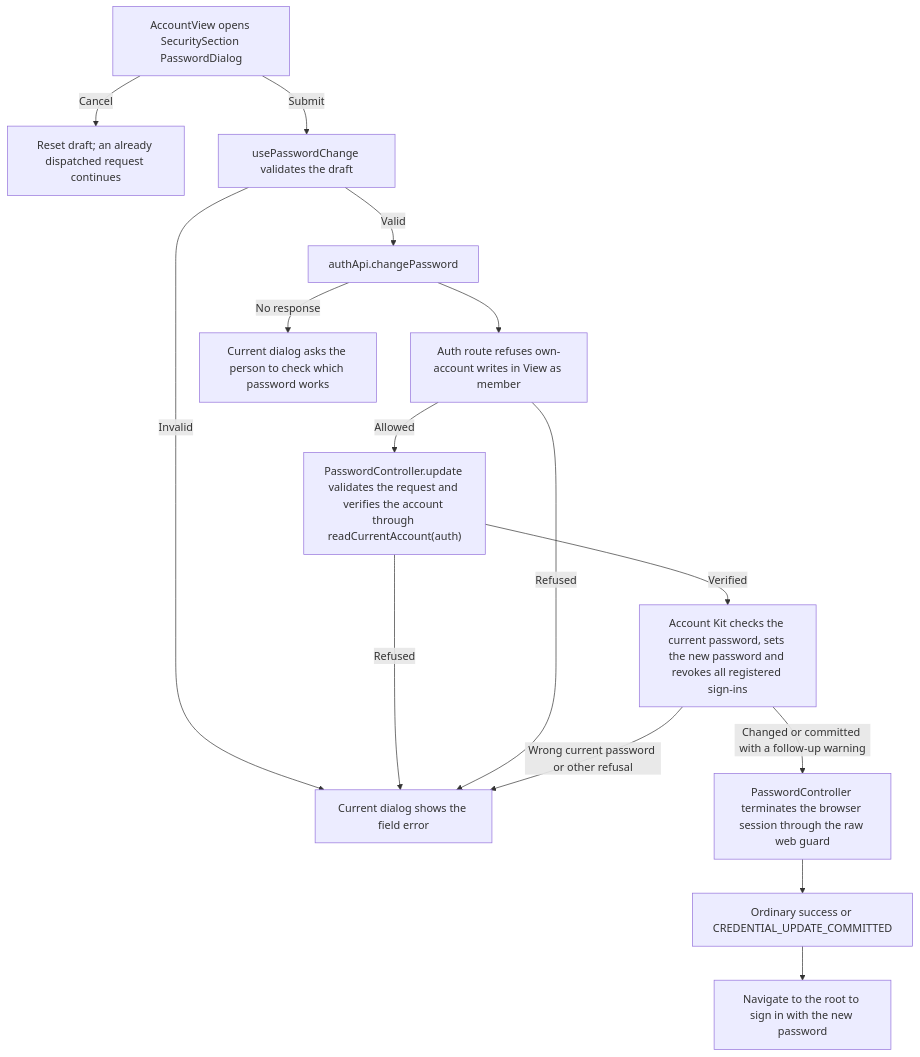
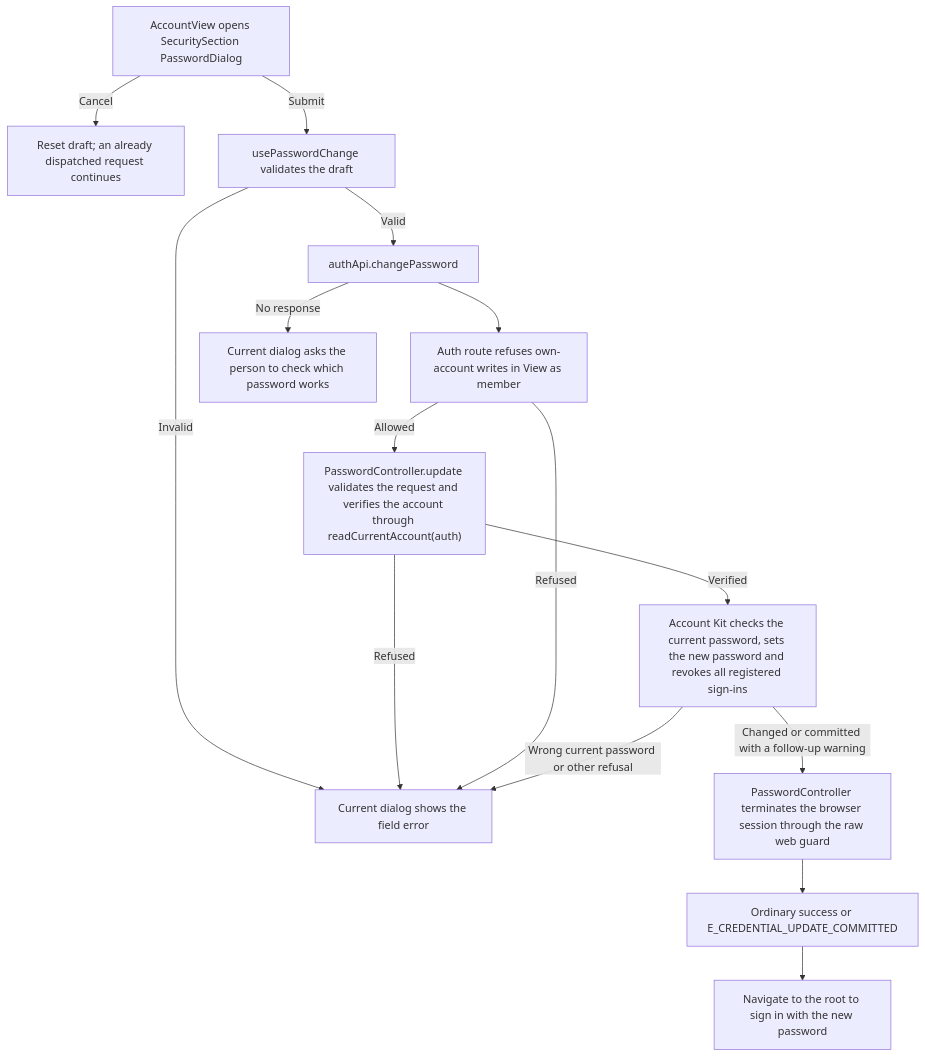
Before and after one commit to Kevinjohn/capacitylens: the second of 2 diagrams in user-stories/account/US-ACCOUNT-02-password-change.md, drawn with Mermaid. The commit also changed 72 other files, not shown here.

````diff
--- a/user-stories/account/US-ACCOUNT-02-password-change.md
+++ b/user-stories/account/US-ACCOUNT-02-password-change.md
@@ -34,17 +34,17 @@
 ```mermaid
 flowchart TD
   form["AccountView opens SecuritySection PasswordDialog"] -->|Cancel| clear["Reset draft; an already dispatched request continues"]
   form -->|Submit| validate["usePasswordChange validates the draft"]
   validate -->|Invalid| error["Current dialog shows the field error"]
   validate -->|Valid| request["authApi.changePassword"]
   request --> guard["Auth route refuses own-account writes in View as member"]
   guard -->|Allowed| current["PasswordController.update validates the request and verifies the account through readCurrentAccount(auth)"]
   current -->|Verified| kit["Account Kit checks the current password, sets the new password and revokes all registered sign-ins"]
   current -->|Refused| error
   guard -->|Refused| error
   kit -->|Wrong current password or other refusal| error
   kit -->|Changed or committed with a follow-up warning| terminate["PasswordController terminates the browser session through the raw web guard"]
-  terminate --> response["Ordinary success or CREDENTIAL_UPDATE_COMMITTED"]
+  terminate --> response["Ordinary success or E_CREDENTIAL_UPDATE_COMMITTED"]
   response --> reload["Navigate to the root to sign in with the new password"]
   request -->|No response| unknown["Current dialog asks the person to check which password works"]
 ```
````
